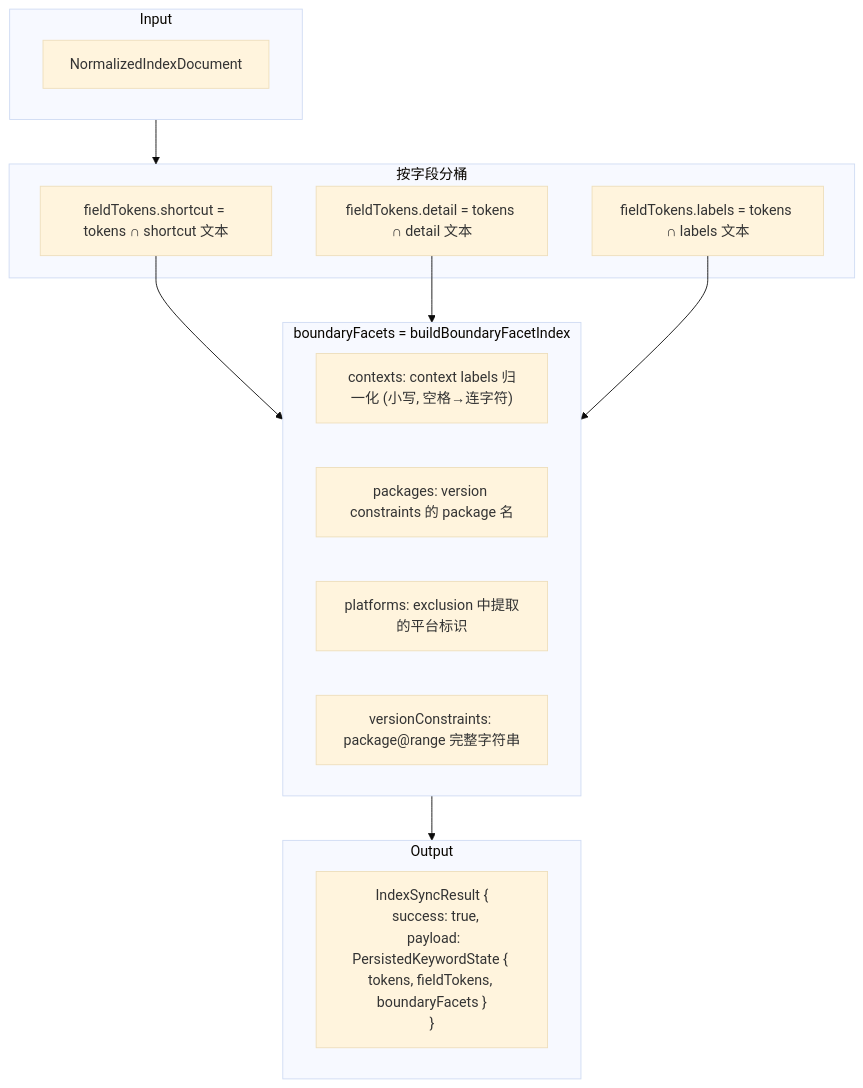
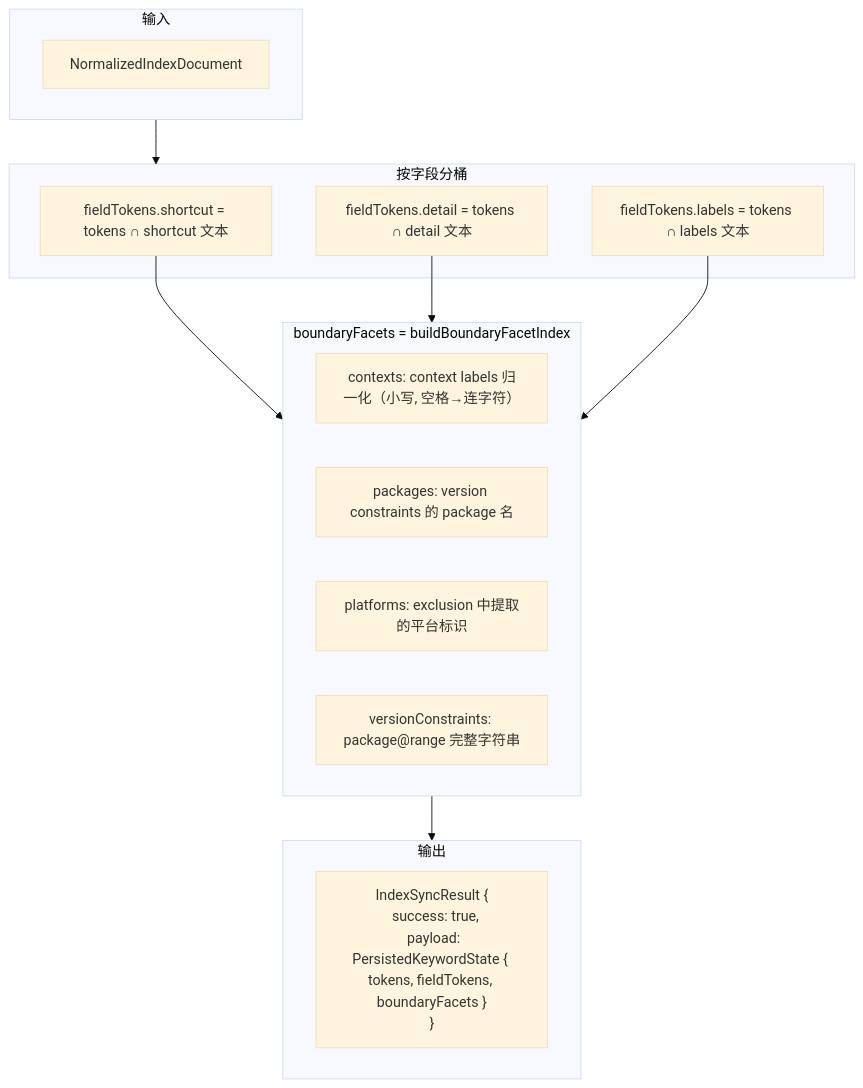
One commit to pofossette/TrapMap-for-vibing changed the third of 4 diagrams in docs/architecture/components/INDEXING.md. Above: the diagram before and after it, drawn with Mermaid (base theme). The commit also changed other lines of this file and 31 other files, not shown here.

````diff
--- a/docs/architecture/components/INDEXING.md
+++ b/docs/architecture/components/INDEXING.md
@@ -185,29 +185,29 @@
 ```mermaid
 flowchart TB
-    subgraph Input["Input"]
+    subgraph 输入["输入"]
         A["NormalizedIndexDocument"]
     end
 
-    subgraph FieldTokens["按字段分桶"]
+    subgraph 字段分桶["按字段分桶"]
         B1["fieldTokens.shortcut = tokens ∩ shortcut 文本"]
         B2["fieldTokens.detail = tokens ∩ detail 文本"]
         B3["fieldTokens.labels = tokens ∩ labels 文本"]
     end
 
-    subgraph BoundaryFacets["boundaryFacets = buildBoundaryFacetIndex"]
-        C1["contexts: context labels 归一化 (小写, 空格→连字符)"]
+    subgraph 边界分面["boundaryFacets = buildBoundaryFacetIndex"]
+        C1["contexts: context labels 归一化（小写, 空格→连字符）"]
         C2["packages: version constraints 的 package 名"]
         C3["platforms: exclusion 中提取的平台标识"]
         C4["versionConstraints: package@range 完整字符串"]
     end
 
-    subgraph Output["Output"]
+    subgraph 输出["输出"]
         D["IndexSyncResult {\n  success: true,\n  payload: PersistedKeywordState { tokens, fieldTokens, boundaryFacets }\n}"]
     end
 
-    Input --> FieldTokens
-    B1 --> BoundaryFacets
-    B2 --> BoundaryFacets
-    B3 --> BoundaryFacets
-    BoundaryFacets --> Output
+    输入 --> 字段分桶
+    B1 --> 边界分面
+    B2 --> 边界分面
+    B3 --> 边界分面
+    边界分面 --> 输出
 ```
````
